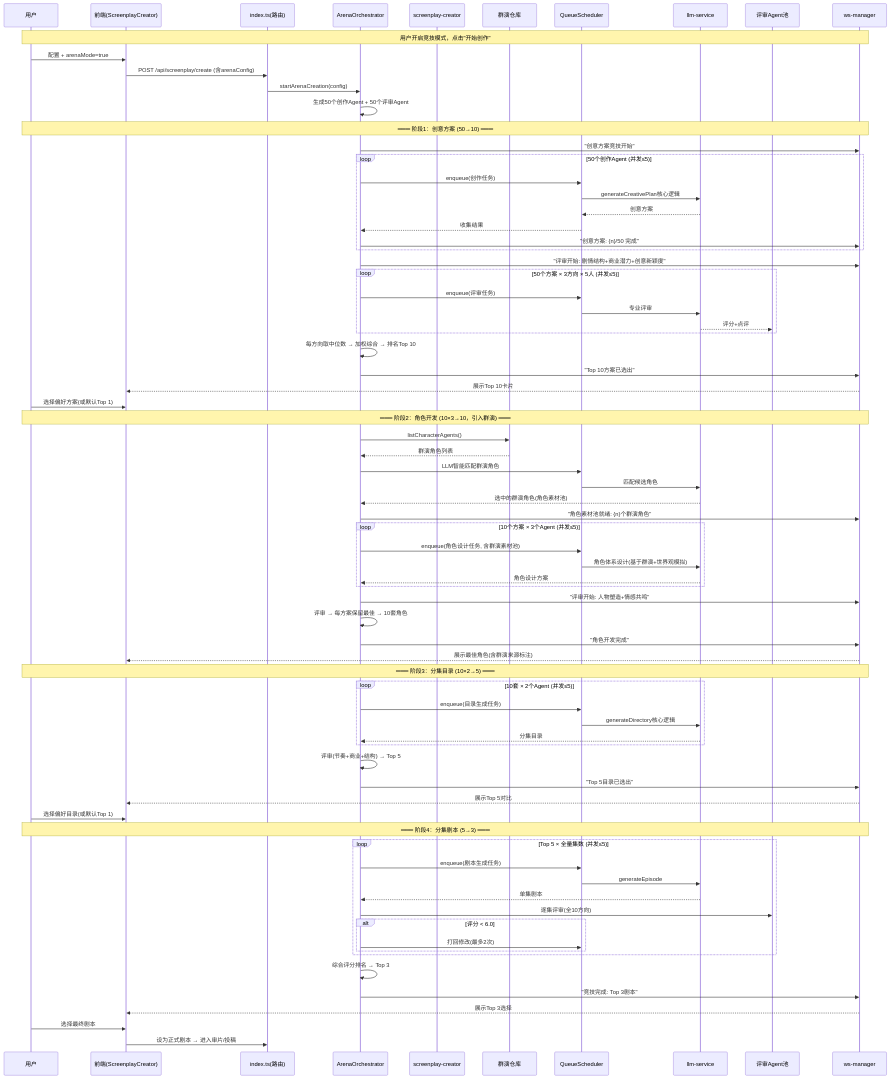
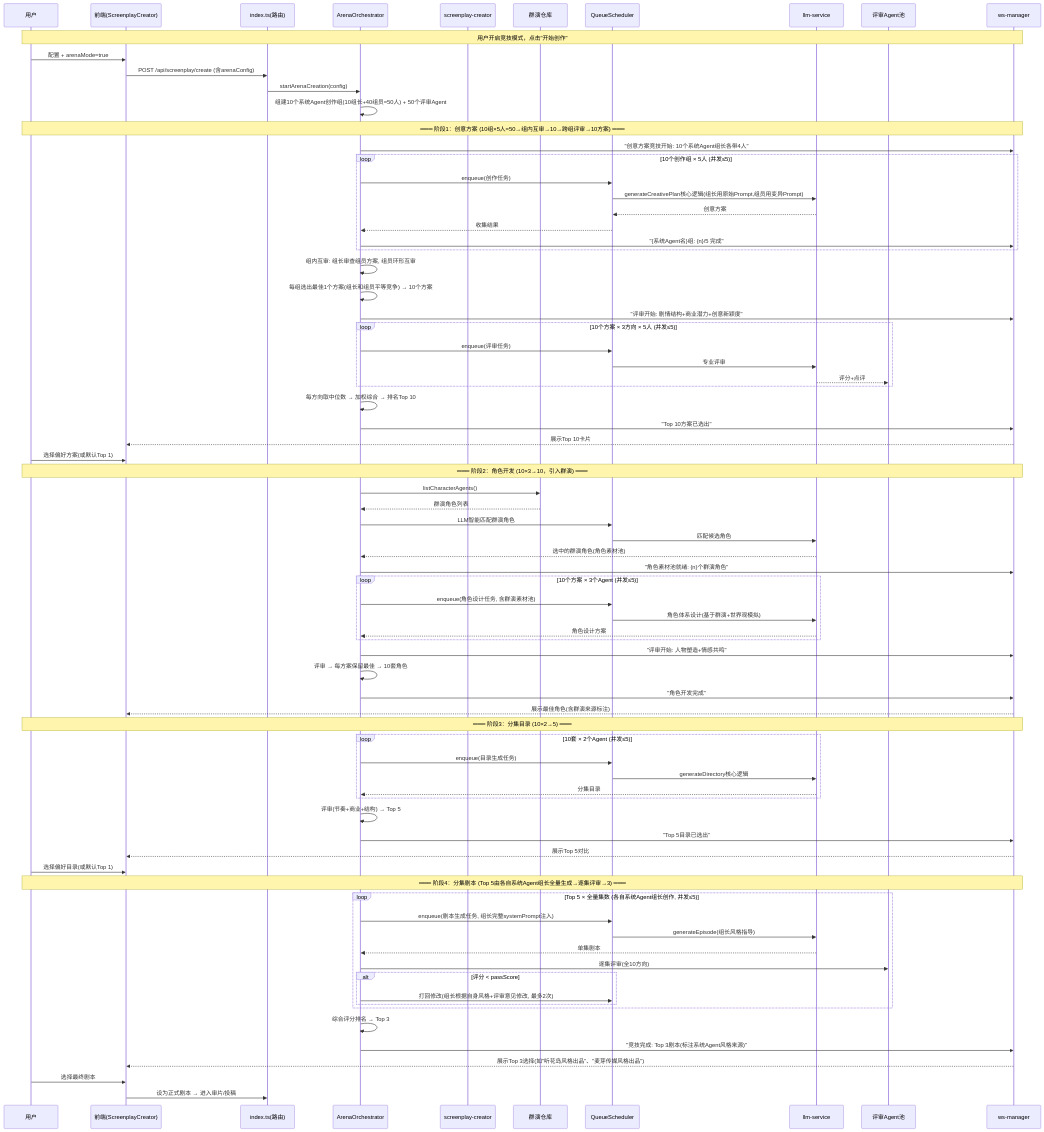
One commit to Magician-ZC/seedance2.0 changed the second of 2 diagrams in .kiro/specs/hundred-agent-arena/design.md. Above: the diagram before and after it, drawn with Mermaid. The commit also changed other lines of this file and 13 other files, not shown here.

````diff
--- a/.kiro/specs/hundred-agent-arena/design.md
+++ b/.kiro/specs/hundred-agent-arena/design.md
@@ -85,19 +87,21 @@
     U->>FE: 配置 + arenaMode=true
     FE->>API: POST /api/screenplay/create (含arenaConfig)
     API->>AE: startArenaCreation(config)
-    AE->>AE: 生成50个创作Agent + 50个评审Agent
+    AE->>AE: 组建10个系统Agent创作组(10组长+40组员=50人) + 50个评审Agent
 
-    Note over U,WS: ═══ 阶段1：创意方案 (50→10) ═══
-    AE->>WS: "创意方案竞技开始"
-    loop 50个创作Agent (并发≤5)
+    Note over U,WS: ═══ 阶段1：创意方案 (10组×5人=50→组内互审→10→跨组评审→10方案) ═══
+    AE->>WS: "创意方案竞技开始: 10个系统Agent组长各带4人"
+    loop 10个创作组 × 5人 (并发≤5)
         AE->>Q: enqueue(创作任务)
-        Q->>LLM: generateCreativePlan核心逻辑
+        Q->>LLM: generateCreativePlan核心逻辑(组长用原始Prompt,组员用变异Prompt)
         LLM-->>Q: 创意方案
         Q-->>AE: 收集结果
-        AE->>WS: "创意方案: {n}/50 完成"
+        AE->>WS: "{系统Agent名}组: {n}/5 完成"
     end
+    AE->>AE: 组内互审: 组长审查组员方案, 组员环形互审
+    AE->>AE: 每组选出最佳1个方案(组长和组员平等竞争) → 10个方案
     AE->>WS: "评审开始: 剧情结构+商业潜力+创意新颖度"
-    loop 50个方案 × 3方向 × 5人 (并发≤5)
+    loop 10个方案 × 3方向 × 5人 (并发≤5)
         AE->>Q: enqueue(评审任务)
         Q->>LLM: 专业评审
         LLM-->>RV: 评分+点评
@@ -135,19 +139,19 @@
     WS-->>FE: 展示Top 5对比
     U->>FE: 选择偏好目录(或默认Top 1)
 
-    Note over U,WS: ═══ 阶段4：分集剧本 (5→3) ═══
-    loop Top 5 × 全量集数 (并发≤5)
-        AE->>Q: enqueue(剧本生成任务)
-        Q->>LLM: generateEpisode
+    Note over U,WS: ═══ 阶段4：分集剧本 (Top 5由各自系统Agent组长全量生成→逐集评审→3) ═══
+    loop Top 5 × 全量集数 (各自系统Agent组长创作, 并发≤5)
+        AE->>Q: enqueue(剧本生成任务, 组长完整systemPrompt注入)
+        Q->>LLM: generateEpisode(组长风格指导)
         LLM-->>AE: 单集剧本
         AE->>RV: 逐集评审(全10方向)
-        alt 评分 < 6.0
-            AE->>Q: 打回修改(最多2次)
+        alt 评分 < passScore
+            AE->>Q: 打回修改(组长根据自身风格+评审意见修改, 最多2次)
         end
     end
     AE->>AE: 综合评分排名 → Top 3
-    AE->>WS: "竞技完成: Top 3剧本"
-    WS-->>FE: 展示Top 3选择
+    AE->>WS: "竞技完成: Top 3剧本(标注系统Agent风格来源)"
+    WS-->>FE: 展示Top 3选择(如"听花岛风格出品"、"麦芽传媒风格出品")
     U->>FE: 选择最终剧本
     FE->>API: 设为正式剧本 → 进入审片/投稿
 ```
````
